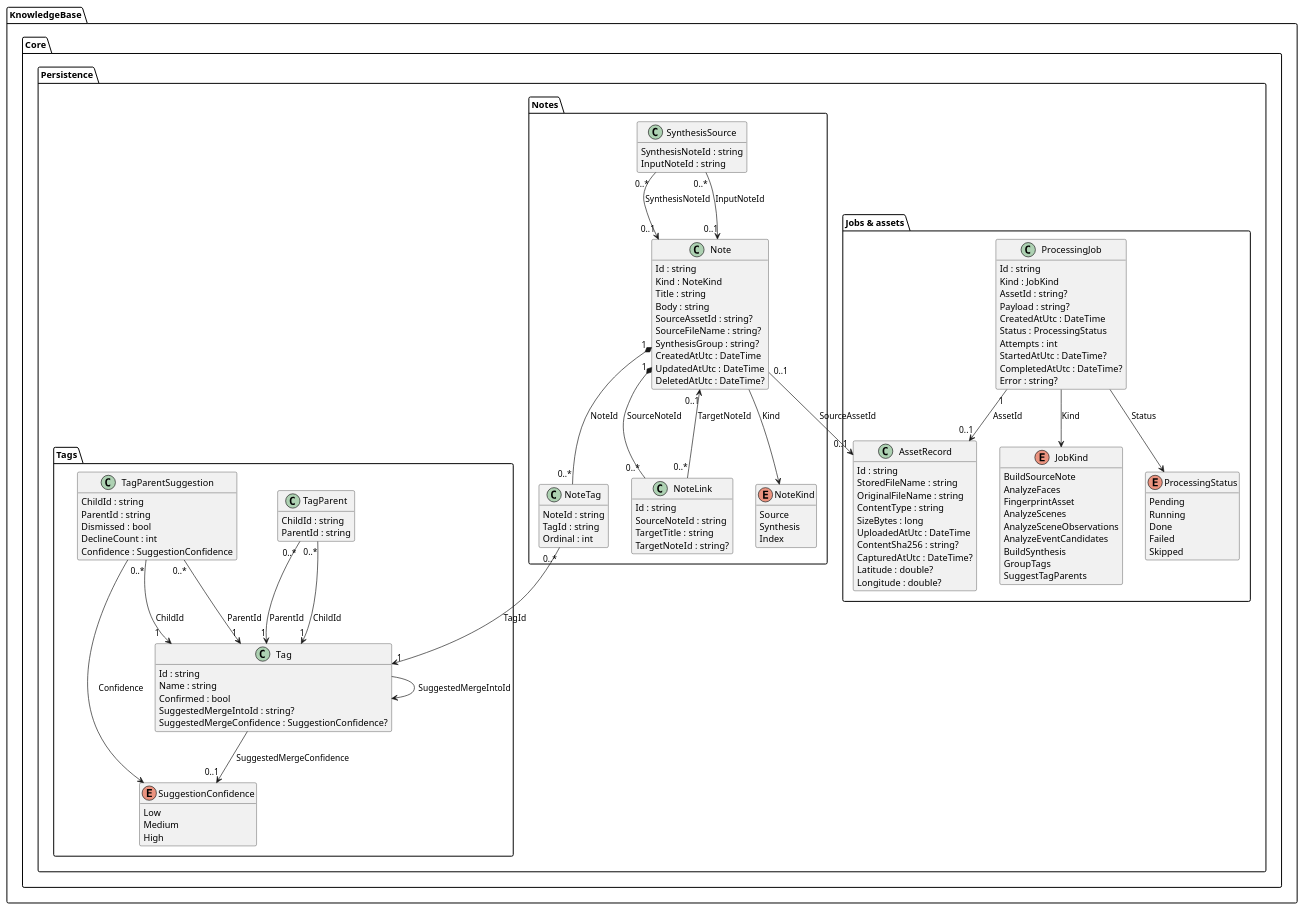
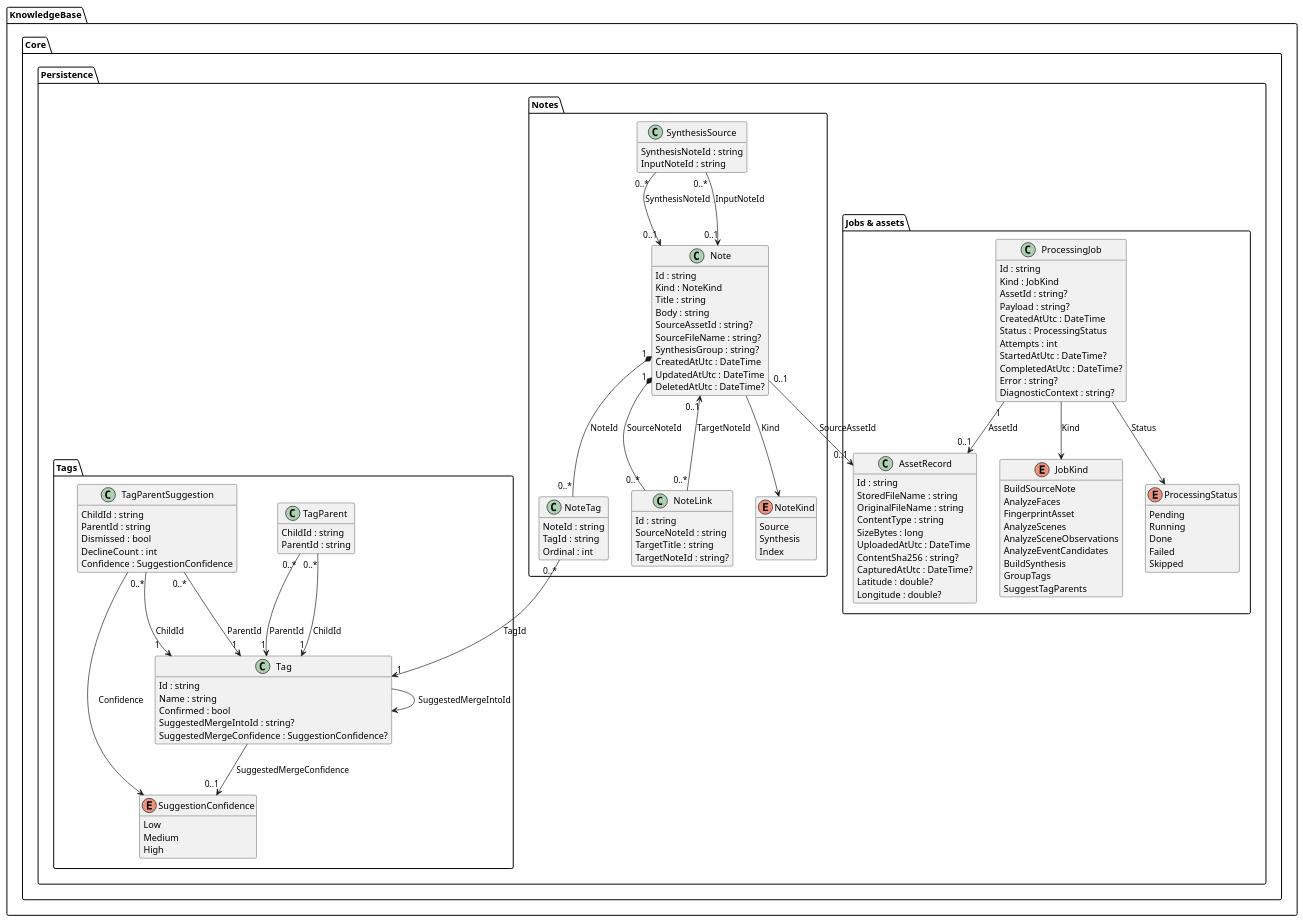
One commit to KoroVaik/KnowledgeBase changed the diagram in schema.puml. Above: the diagram before and after it, drawn with PlantUML. The commit also changed 140 other files, not shown here.

```diff
--- a/schema.puml
+++ b/schema.puml
@@ -1,164 +1,165 @@
 @startuml schema
 ' Generation-related entities and their direct links.
 ' Scope: the AI generation pipeline (docs/ai-pipeline.md) - upload -> ProcessingJob ->
 ' Note -> NoteLink/NoteTag -> Tag (+ hierarchy and merge suggestions).
 ' Photo-archive analysis entities (docs/photo-archive.md) are deliberately out of scope.
 ' Kept in sync with the code by the `sync-schema` skill (.agents/skills/sync-schema).
 ' All entities live in one namespace; the inner groups are domain areas, not folders.
 hide empty members
 skinparam classAttributeIconSize 0
 
 package "KnowledgeBase.Core.Persistence" {
 
   package "Jobs & assets" {
     class AssetRecord {
       Id : string
       StoredFileName : string
       OriginalFileName : string
       ContentType : string
       SizeBytes : long
       UploadedAtUtc : DateTime
       ContentSha256 : string?
       CapturedAtUtc : DateTime?
       Latitude : double?
       Longitude : double?
     }
 
     class ProcessingJob {
       Id : string
       Kind : JobKind
       AssetId : string?
       Payload : string?
       CreatedAtUtc : DateTime
       Status : ProcessingStatus
       Attempts : int
       StartedAtUtc : DateTime?
       CompletedAtUtc : DateTime?
       Error : string?
+      DiagnosticContext : string?
     }
 
     enum JobKind {
       BuildSourceNote
       AnalyzeFaces
       FingerprintAsset
       AnalyzeScenes
       AnalyzeSceneObservations
       AnalyzeEventCandidates
       BuildSynthesis
       GroupTags
       SuggestTagParents
     }
 
     enum ProcessingStatus {
       Pending
       Running
       Done
       Failed
       Skipped
     }
   }
 
   package "Notes" {
     class Note {
       Id : string
       Kind : NoteKind
       Title : string
       Body : string
       SourceAssetId : string?
       SourceFileName : string?
       SynthesisGroup : string?
       CreatedAtUtc : DateTime
       UpdatedAtUtc : DateTime
       DeletedAtUtc : DateTime?
     }
 
     class NoteLink {
       Id : string
       SourceNoteId : string
       TargetTitle : string
       TargetNoteId : string?
     }
 
     class NoteTag {
       NoteId : string
       TagId : string
       Ordinal : int
     }
 
     class SynthesisSource {
       SynthesisNoteId : string
       InputNoteId : string
     }
 
     enum NoteKind {
       Source
       Synthesis
       Index
     }
   }
 
   package "Tags" {
     class Tag {
       Id : string
       Name : string
       Confirmed : bool
       SuggestedMergeIntoId : string?
       SuggestedMergeConfidence : SuggestionConfidence?
     }
 
     class TagParent {
       ChildId : string
       ParentId : string
     }
 
     class TagParentSuggestion {
       ChildId : string
       ParentId : string
       Dismissed : bool
       DeclineCount : int
       Confidence : SuggestionConfidence
     }
 
     enum SuggestionConfidence {
       Low
       Medium
       High
     }
   }
 }
 
 ' --- queue: a job points at the file it processes (null for aggregation jobs)
 ProcessingJob "1" --> "0..1" AssetRecord : AssetId
 ProcessingJob --> JobKind : Kind
 ProcessingJob --> ProcessingStatus : Status
 
 ' --- note: one note per source file (null for Synthesis/Index notes)
 Note "0..1" --> "0..1" AssetRecord : SourceAssetId
 Note --> NoteKind : Kind
 
 ' --- links: owned by the source note; target resolved later by title
 Note "1" *-- "0..*" NoteLink : SourceNoteId
 NoteLink "0..*" --> "0..1" Note : TargetNoteId
 
 ' --- tags: owned by the note; Ordinal 0 is the primary tag
 Note "1" *-- "0..*" NoteTag : NoteId
 NoteTag "0..*" --> "1" Tag : TagId
 
 ' --- synthesis provenance: which notes were merged into which synthesis note
 SynthesisSource "0..*" --> "0..1" Note : SynthesisNoteId
 SynthesisSource "0..*" --> "0..1" Note : InputNoteId
 
 ' --- tag hierarchy: a DAG, not a tree - a tag may have several parents
 TagParent "0..*" --> "1" Tag : ChildId
 TagParent "0..*" --> "1" Tag : ParentId
 
 ' --- merge suggestion: the model's closest-match offer, self-referencing
 Tag --> Tag : SuggestedMergeIntoId
 Tag --> "0..1" SuggestionConfidence : SuggestedMergeConfidence
 
 ' --- parent suggestion: an AI-proposed TagParent, not yet a real link
 TagParentSuggestion "0..*" --> "1" Tag : ChildId
 TagParentSuggestion "0..*" --> "1" Tag : ParentId
 TagParentSuggestion --> SuggestionConfidence : Confidence
 
 @enduml
```
